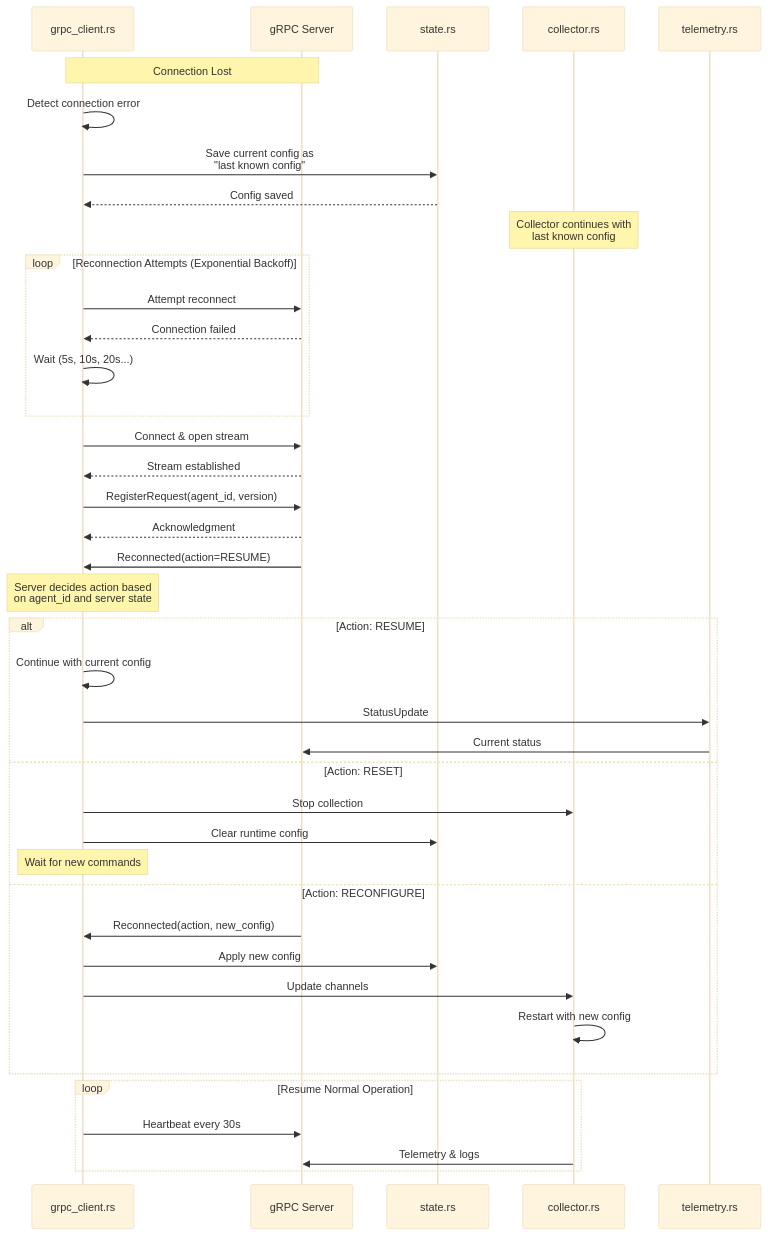
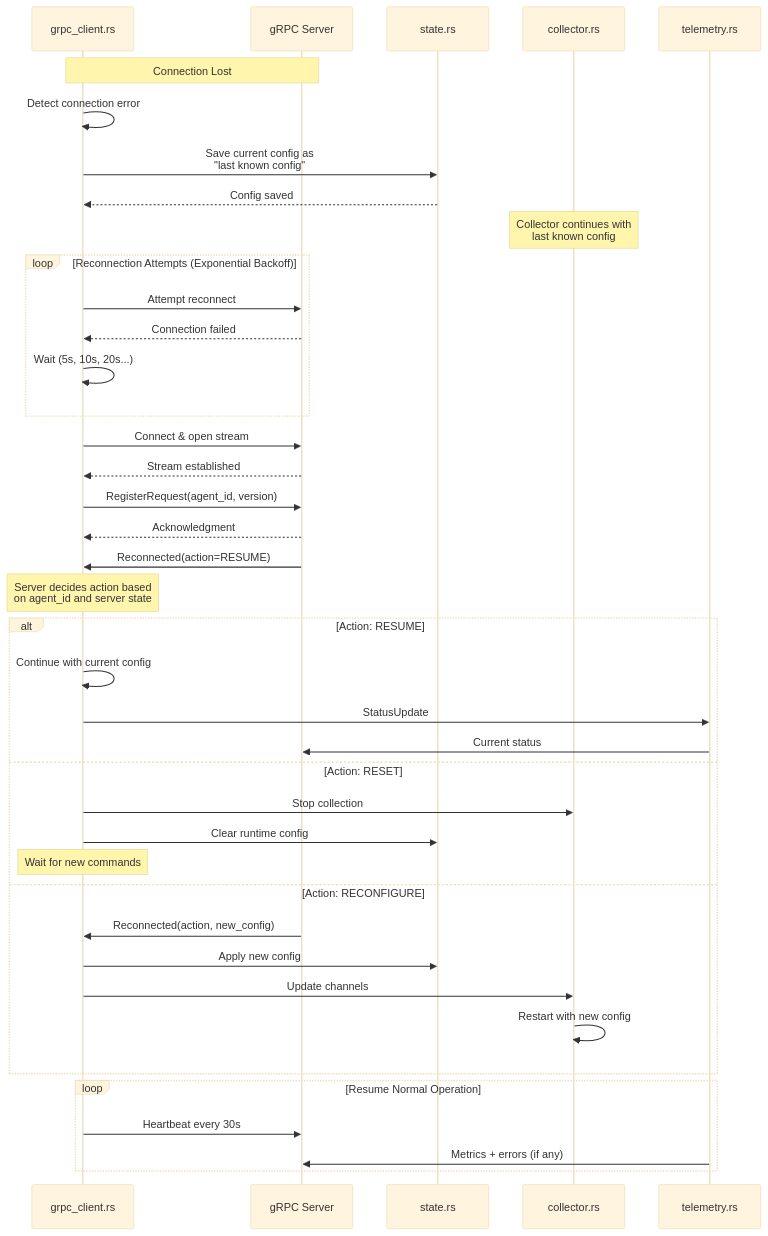
The seventh of 8 diagrams in GRPC_DESIGN.md (muminoff/tg-agent-experiment), drawn with Mermaid (base theme) before and after one commit. The commit also changed other lines of this file, not shown here.

First line of the commit message:
Update gRPC design: file-based logging with ERROR-only gRPC telemetry

````diff
--- a/GRPC_DESIGN.md
+++ b/GRPC_DESIGN.md
@@ -734,51 +870,51 @@
 ```mermaid
 sequenceDiagram
     participant GrpcClient as grpc_client.rs
     participant Server as gRPC Server
     participant State as state.rs
     participant Collector as collector.rs
     participant Telemetry as telemetry.rs
 
     Note over GrpcClient,Server: Connection Lost
     GrpcClient->>GrpcClient: Detect connection error
 
     GrpcClient->>State: Save current config as<br/>"last known config"
     State-->>GrpcClient: Config saved
 
     Note over Collector: Collector continues with<br/>last known config
 
     loop Reconnection Attempts (Exponential Backoff)
         GrpcClient->>Server: Attempt reconnect
         Server-->>GrpcClient: Connection failed
         GrpcClient->>GrpcClient: Wait (5s, 10s, 20s...)
     end
 
     GrpcClient->>Server: Connect & open stream
     Server-->>GrpcClient: Stream established
 
     GrpcClient->>Server: RegisterRequest(agent_id, version)
     Server-->>GrpcClient: Acknowledgment
 
     Server->>GrpcClient: Reconnected(action=RESUME)
     Note over GrpcClient: Server decides action based<br/>on agent_id and server state
 
     alt Action: RESUME
         GrpcClient->>GrpcClient: Continue with current config
         GrpcClient->>Telemetry: StatusUpdate
         Telemetry->>Server: Current status
     else Action: RESET
         GrpcClient->>Collector: Stop collection
         GrpcClient->>State: Clear runtime config
         Note over GrpcClient: Wait for new commands
     else Action: RECONFIGURE
         Server->>GrpcClient: Reconnected(action, new_config)
         GrpcClient->>State: Apply new config
         GrpcClient->>Collector: Update channels
         Collector->>Collector: Restart with new config
     end
 
     loop Resume Normal Operation
         GrpcClient->>Server: Heartbeat every 30s
-        Collector->>Server: Telemetry & logs
+        Telemetry->>Server: Metrics + errors (if any)
     end
 ```
````
